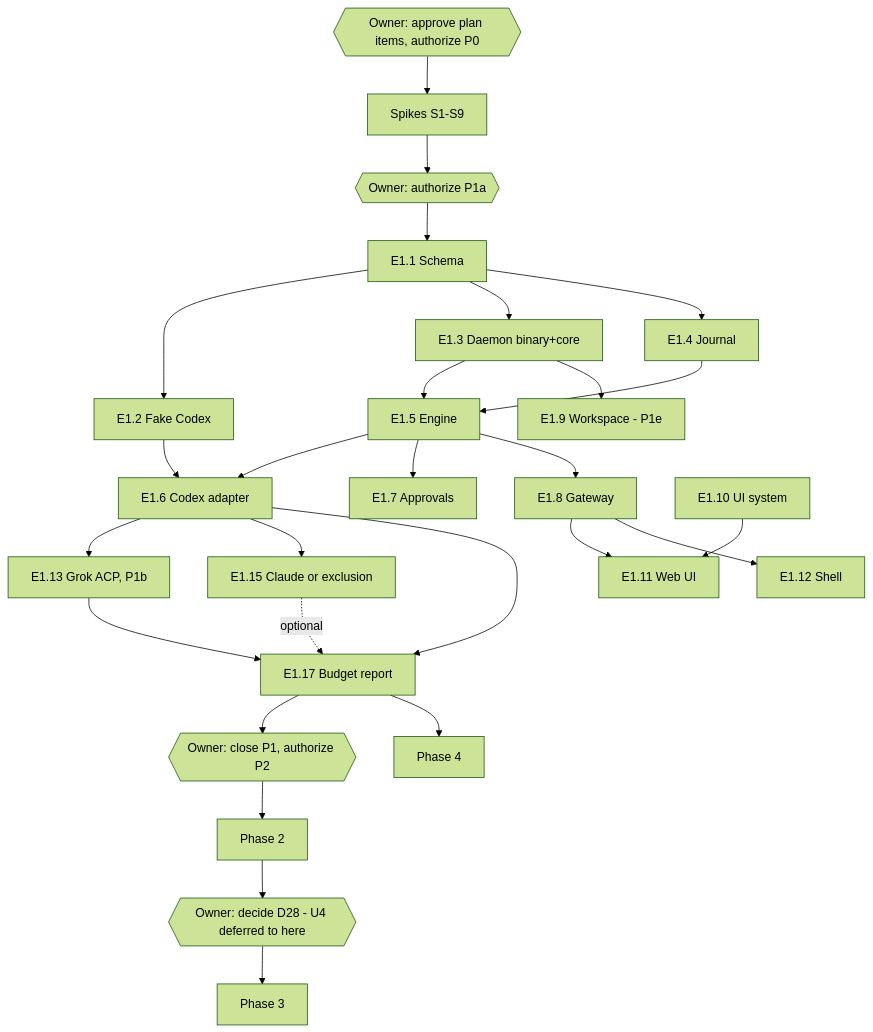
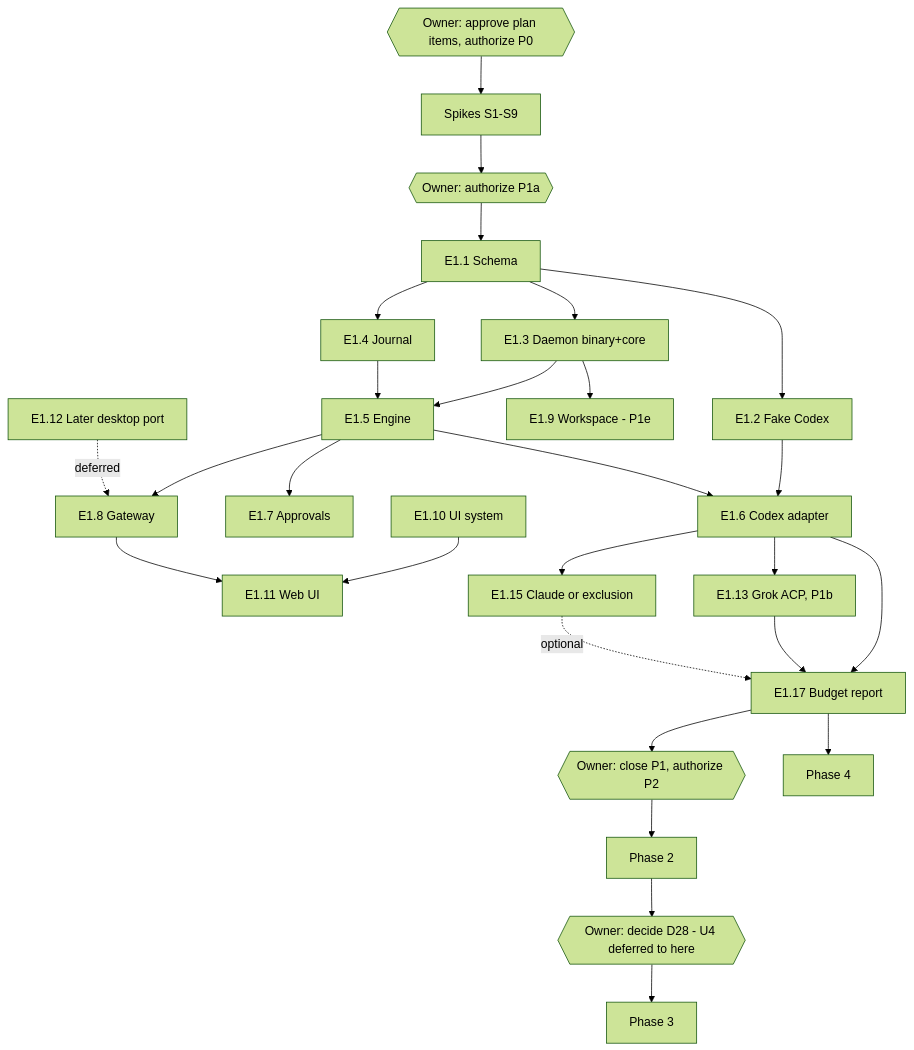
One commit to ForkHorizon/Shardrail changed the diagram in planning/10-roadmap-and-backlog.md. Above: the diagram before and after it, drawn with Mermaid (forest theme). The commit also changed other lines of this file and 4 other files, not shown here.

````diff
--- a/planning/10-roadmap-and-backlog.md
+++ b/planning/10-roadmap-and-backlog.md
@@ -119,20 +119,21 @@
 ```mermaid
 flowchart TD
   G0{{Owner: approve plan items, authorize P0}} --> P0[Spikes S1-S9]
   P0 --> G1{{Owner: authorize P1a}}
   G1 --> E11[E1.1 Schema]
   E11 --> E12[E1.2 Fake Codex] & E13[E1.3 Daemon binary+core] & E14[E1.4 Journal]
   E13 & E14 --> E15[E1.5 Engine]
   E12 & E15 --> E16[E1.6 Codex adapter]
   E15 --> E17[E1.7 Approvals] & E18[E1.8 Gateway]
   E13 --> E19[E1.9 Workspace - P1e]
   E110[E1.10 UI system] --> E111[E1.11 Web UI]
-  E18 --> E111 & E112[E1.12 Shell]
+  E18 --> E111
+  E112[E1.12 Later desktop port] -. deferred .-> E18
   E16 --> E113[E1.13 Grok ACP, P1b] & E115[E1.15 Claude or exclusion]
   E16 --> E117[E1.17 Budget report]
   E113 --> E117
   E115 -. optional .-> E117
   E117 --> G2{{Owner: close P1, authorize P2}} --> P2[Phase 2]
   P2 --> G3{{Owner: decide D28 - U4 deferred to here}} --> P3[Phase 3]
   E117 --> P4[Phase 4]
 ```
````
